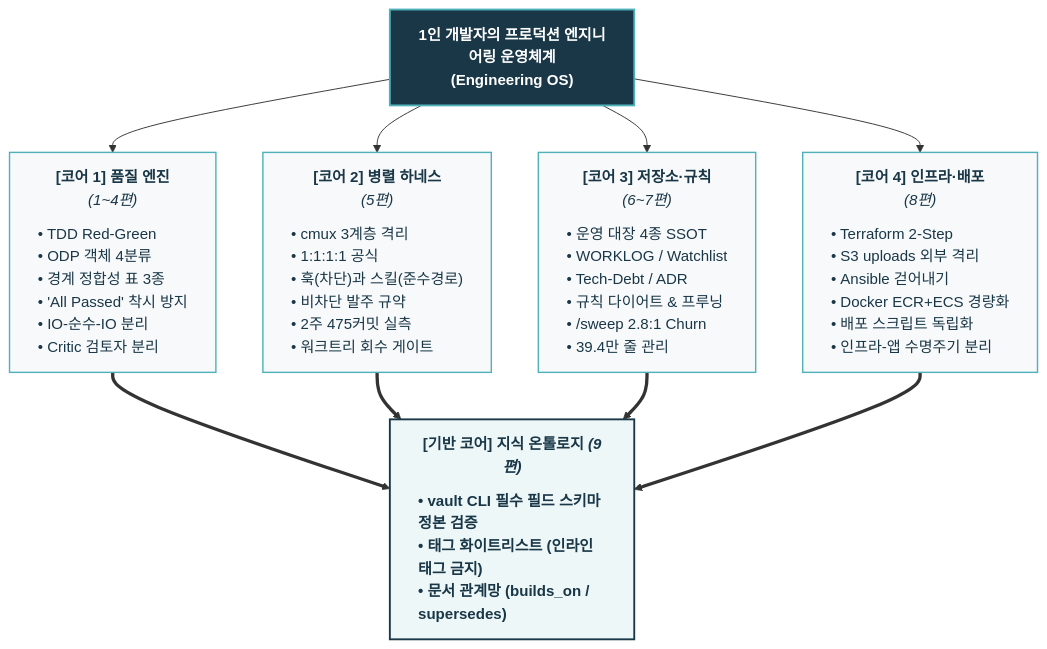
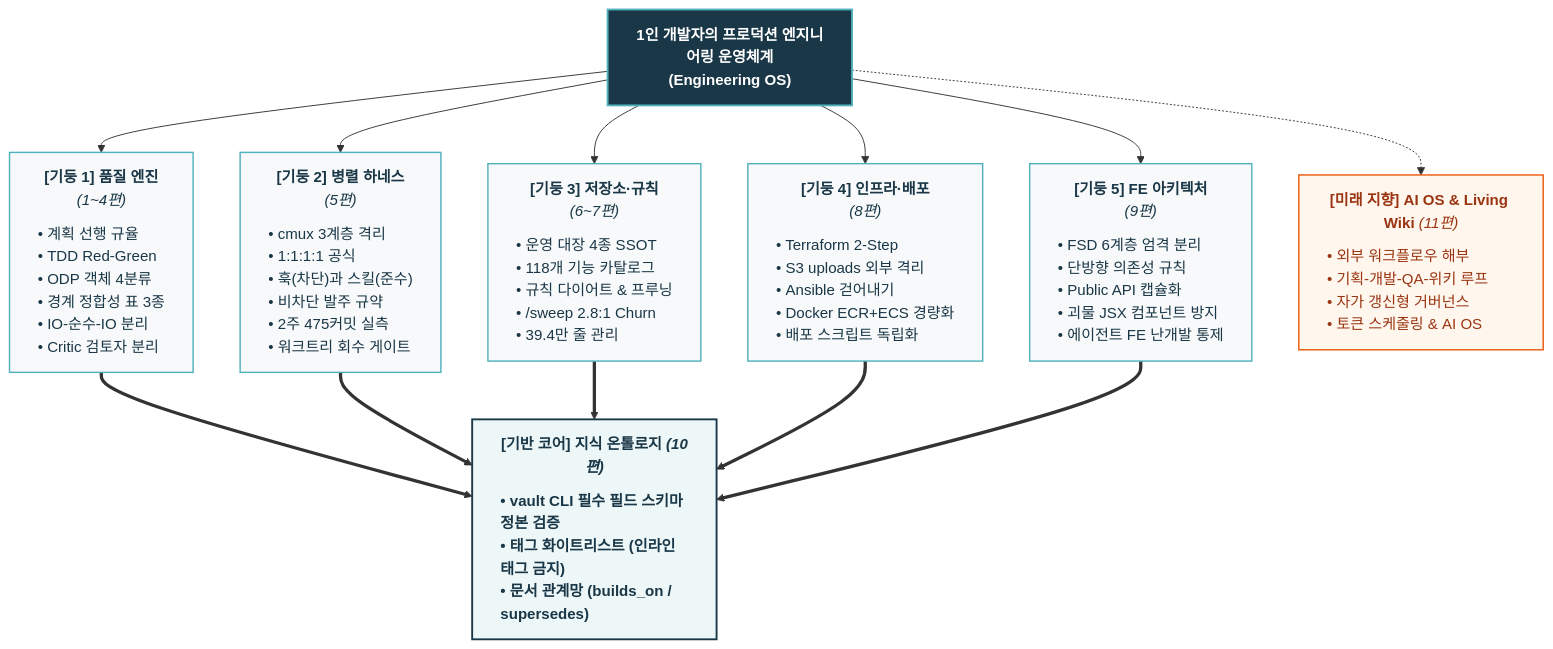
The diagram in _posts/tech/0 1인 개발자는 어떻게 자신만의 운영체계를 만드는가.md (tomato-vault/tomato-vault.github.io), drawn with Mermaid before and after one commit. The commit also changed other lines of this file and 7 other files, not shown here.

````diff
--- a/_posts/tech/0 1인 개발자는 어떻게 자신만의 운영체계를 만드는가.md
+++ b/_posts/tech/0 1인 개발자는 어떻게 자신만의 운영체계를 만드는가.md
@@ -69,18 +71,23 @@
 ```mermaid
 flowchart TD
     classDef header fill:#193747,stroke:#4fb1ba,stroke-width:2px,color:#fff,font-weight:bold
     classDef pillar fill:#f8f9fa,stroke:#4fb1ba,stroke-width:1.5px,color:#193747
     classDef base fill:#eef7f8,stroke:#193747,stroke-width:2px,color:#193747,font-weight:bold
+    classDef future fill:#fff7ed,stroke:#ea580c,stroke-width:1.5px,color:#9a3412
 
     CORE["1인 개발자의 프로덕션 엔지니어링 운영체계<br/><b>(Engineering OS)</b>"]:::header
 
-    CORE --> P1["<div style='text-align:center;'><b>[코어 1] 품질 엔진</b><br/><i>(1~4편)</i></div><hr style='margin:6px 0; border:none; border-top:1px solid #cbd5e1;'/><div style='text-align:left; line-height:1.5;'>• TDD Red-Green<br/>• ODP 객체 4분류<br/>• 경계 정합성 표 3종<br/>• 'All Passed' 착시 방지<br/>• IO-순수-IO 분리<br/>• Critic 검토자 분리</div>"]:::pillar
-    CORE --> P2["<div style='text-align:center;'><b>[코어 2] 병렬 하네스</b><br/><i>(5편)</i></div><hr style='margin:6px 0; border:none; border-top:1px solid #cbd5e1;'/><div style='text-align:left; line-height:1.5;'>• cmux 3계층 격리<br/>• 1:1:1:1 공식<br/>• 훅(차단)과 스킬(준수경로)<br/>• 비차단 발주 규약<br/>• 2주 475커밋 실측<br/>• 워크트리 회수 게이트</div>"]:::pillar
-    CORE --> P3["<div style='text-align:center;'><b>[코어 3] 저장소·규칙</b><br/><i>(6~7편)</i></div><hr style='margin:6px 0; border:none; border-top:1px solid #cbd5e1;'/><div style='text-align:left; line-height:1.5;'>• 운영 대장 4종 SSOT<br/>• WORKLOG / Watchlist<br/>• Tech-Debt / ADR<br/>• 규칙 다이어트 & 프루닝<br/>• /sweep 2.8:1 Churn<br/>• 39.4만 줄 관리</div>"]:::pillar
-    CORE --> P4["<div style='text-align:center;'><b>[코어 4] 인프라·배포</b><br/><i>(8편)</i></div><hr style='margin:6px 0; border:none; border-top:1px solid #cbd5e1;'/><div style='text-align:left; line-height:1.5;'>• Terraform 2-Step<br/>• S3 uploads 외부 격리<br/>• Ansible 걷어내기<br/>• Docker ECR+ECS 경량화<br/>• 배포 스크립트 독립화<br/>• 인프라-앱 수명주기 분리</div>"]:::pillar
+    CORE --> P1["<div style='text-align:center;'><b>[기둥 1] 품질 엔진</b><br/><i>(1~4편)</i></div><hr style='margin:6px 0; border:none; border-top:1px solid #cbd5e1;'/><div style='text-align:left; line-height:1.5;'>• 계획 선행 규율<br/>• TDD Red-Green<br/>• ODP 객체 4분류<br/>• 경계 정합성 표 3종<br/>• IO-순수-IO 분리<br/>• Critic 검토자 분리</div>"]:::pillar
+    CORE --> P2["<div style='text-align:center;'><b>[기둥 2] 병렬 하네스</b><br/><i>(5편)</i></div><hr style='margin:6px 0; border:none; border-top:1px solid #cbd5e1;'/><div style='text-align:left; line-height:1.5;'>• cmux 3계층 격리<br/>• 1:1:1:1 공식<br/>• 훅(차단)과 스킬(준수)<br/>• 비차단 발주 규약<br/>• 2주 475커밋 실측<br/>• 워크트리 회수 게이트</div>"]:::pillar
+    CORE --> P3["<div style='text-align:center;'><b>[기둥 3] 저장소·규칙</b><br/><i>(6~7편)</i></div><hr style='margin:6px 0; border:none; border-top:1px solid #cbd5e1;'/><div style='text-align:left; line-height:1.5;'>• 운영 대장 4종 SSOT<br/>• 118개 기능 카탈로그<br/>• 규칙 다이어트 & 프루닝<br/>• /sweep 2.8:1 Churn<br/>• 39.4만 줄 관리</div>"]:::pillar
+    CORE --> P4["<div style='text-align:center;'><b>[기둥 4] 인프라·배포</b><br/><i>(8편)</i></div><hr style='margin:6px 0; border:none; border-top:1px solid #cbd5e1;'/><div style='text-align:left; line-height:1.5;'>• Terraform 2-Step<br/>• S3 uploads 외부 격리<br/>• Ansible 걷어내기<br/>• Docker ECR+ECS 경량화<br/>• 배포 스크립트 독립화</div>"]:::pillar
+    CORE --> P5["<div style='text-align:center;'><b>[기둥 5] FE 아키텍처</b><br/><i>(9편)</i></div><hr style='margin:6px 0; border:none; border-top:1px solid #cbd5e1;'/><div style='text-align:left; line-height:1.5;'>• FSD 6계층 엄격 분리<br/>• 단방향 의존성 규칙<br/>• Public API 캡슐화<br/>• 괴물 JSX 컴포넌트 방지<br/>• 에이전트 FE 난개발 통제</div>"]:::pillar
 
-    P1 ==> BASE["<div style='text-align:center;'><b>[기반 코어] 지식 온톨로지</b> <i>(9편)</i></div><hr style='margin:6px 0; border:none; border-top:1px solid #cbd5e1;'/><div style='text-align:left; line-height:1.5;'>• vault CLI 필수 필드 스키마 정본 검증<br/>• 태그 화이트리스트 (인라인 태그 금지)<br/>• 문서 관계망 (builds_on / supersedes)</div>"]:::base
+    P1 ==> BASE["<div style='text-align:center;'><b>[기반 코어] 지식 온톨로지</b> <i>(10편)</i></div><hr style='margin:6px 0; border:none; border-top:1px solid #cbd5e1;'/><div style='text-align:left; line-height:1.5;'>• vault CLI 필수 필드 스키마 정본 검증<br/>• 태그 화이트리스트 (인라인 태그 금지)<br/>• 문서 관계망 (builds_on / supersedes)</div>"]:::base
     P2 ==> BASE
     P3 ==> BASE
     P4 ==> BASE
+    P5 ==> BASE
+
+    CORE -.-> FUTURE["<div style='text-align:center;'><b>[미래 지향] AI OS & Living Wiki</b> <i>(11편)</i></div><hr style='margin:6px 0; border:none; border-top:1px solid #fed7aa;'/><div style='text-align:left; line-height:1.5;'>• 외부 워크플로우 해부<br/>• 기획-개발-QA-위키 루프<br/>• 자가 갱신형 거버넌스<br/>• 토큰 스케줄링 & AI OS</div>"]:::future
 ```
````
